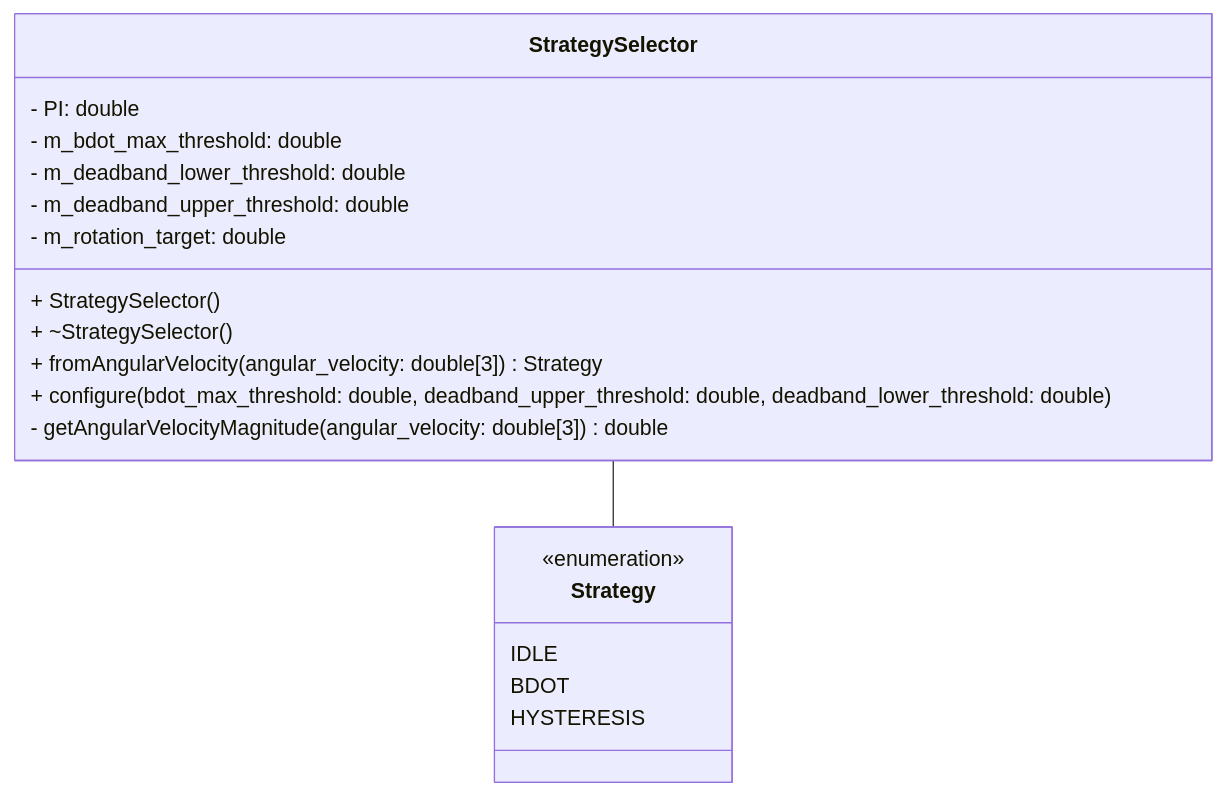
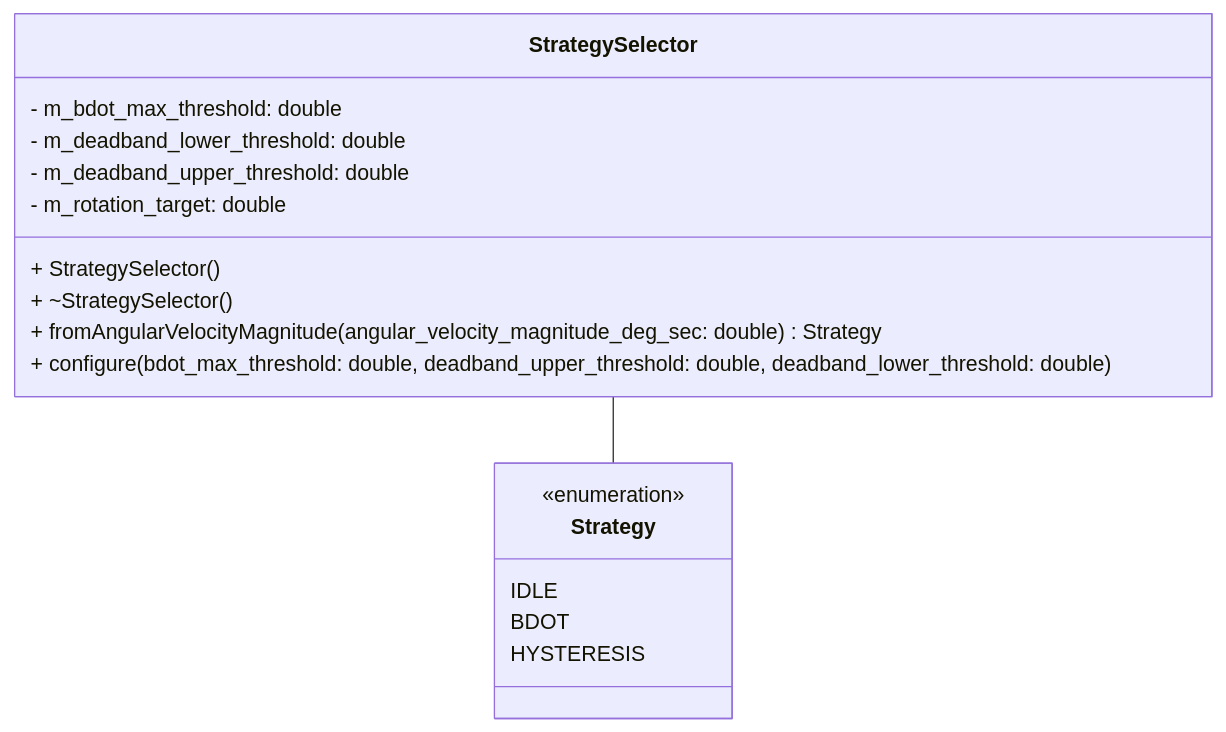
The fourth of 5 diagrams in FprimeZephyrReference/Components/DetumbleManager/docs/sdd.md (Open-Source-Space-Foundation/proves-core-reference), drawn with Mermaid before and after one commit. The commit also changed other lines of this file and 2 other files, not shown here.

````diff
--- a/FprimeZephyrReference/Components/DetumbleManager/docs/sdd.md
+++ b/FprimeZephyrReference/Components/DetumbleManager/docs/sdd.md
@@ -225,22 +242,20 @@
 ```mermaid
 classDiagram
     class StrategySelector {
         + StrategySelector()
         + ~StrategySelector()
-        + fromAngularVelocity(angular_velocity: double[3]) Strategy
+        + fromAngularVelocityMagnitude(angular_velocity_magnitude_deg_sec: double) Strategy
         + configure(bdot_max_threshold: double, deadband_upper_threshold: double, deadband_lower_threshold: double)
-        - getAngularVelocityMagnitude(angular_velocity: double[3]) double
-        - PI: double
         - m_bdot_max_threshold: double
         - m_deadband_lower_threshold: double
         - m_deadband_upper_threshold: double
         - m_rotation_target: double
     }
     class Strategy {
         <<enumeration>>
         IDLE
         BDOT
         HYSTERESIS
     }
     StrategySelector -- Strategy
 ```
````
